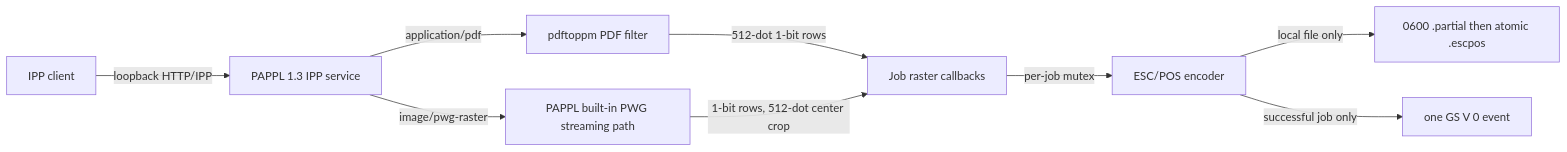
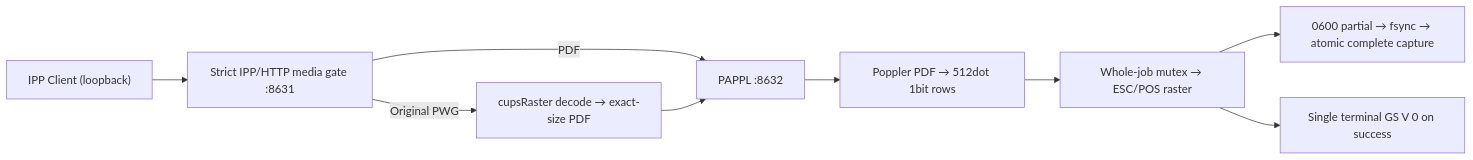
Before and after one commit to Karin-Laboratory/receipt-printer-web: the diagram in generic-ipp-gateway/docs/architecture.md, drawn with Mermaid. The commit also changed other lines of this file, not shown here.

Commit message:
docs(ipp): update offline architecture, verified guard behavior and launch safety

````diff
--- a/generic-ipp-gateway/docs/architecture.md
+++ b/generic-ipp-gateway/docs/architecture.md
@@ -3,11 +3,11 @@
 ```mermaid
 flowchart LR
-  Client[IPP client] -->|loopback HTTP/IPP| PAPPL[PAPPL 1.3 IPP service]
-  PAPPL -->|application/pdf| PDF[pdftoppm PDF filter]
-  PAPPL -->|image/pwg-raster| RASTER[PAPPL built-in PWG streaming path]
-  PDF -->|512-dot 1-bit rows| CB[Job raster callbacks]
-  RASTER -->|1-bit rows, 512-dot center crop| CB
-  CB -->|per-job mutex| ESC[ESC/POS encoder]
-  ESC -->|local file only| CAP[0600 .partial then atomic .escpos]
-  ESC -->|successful job only| CUT[one GS V 0 event]
+  IPP["IPP Client (loopback)"] --> PRE["Strict IPP/HTTP media gate :8631"]
+  PRE -->|"PDF"| PAPPL["PAPPL :8632"]
+  PRE -->|"Original PWG"| CONV["cupsRaster decode → exact-size PDF"]
+  CONV --> PAPPL
+  PAPPL --> FILTER["Poppler PDF → 512dot 1bit rows"]
+  FILTER --> LOCK["Whole-job mutex → ESC/POS raster"]
+  LOCK --> CAP["0600 partial → fsync → atomic complete capture"]
+  LOCK --> CUT["Single terminal GS V 0 on success"]
 ```
````
